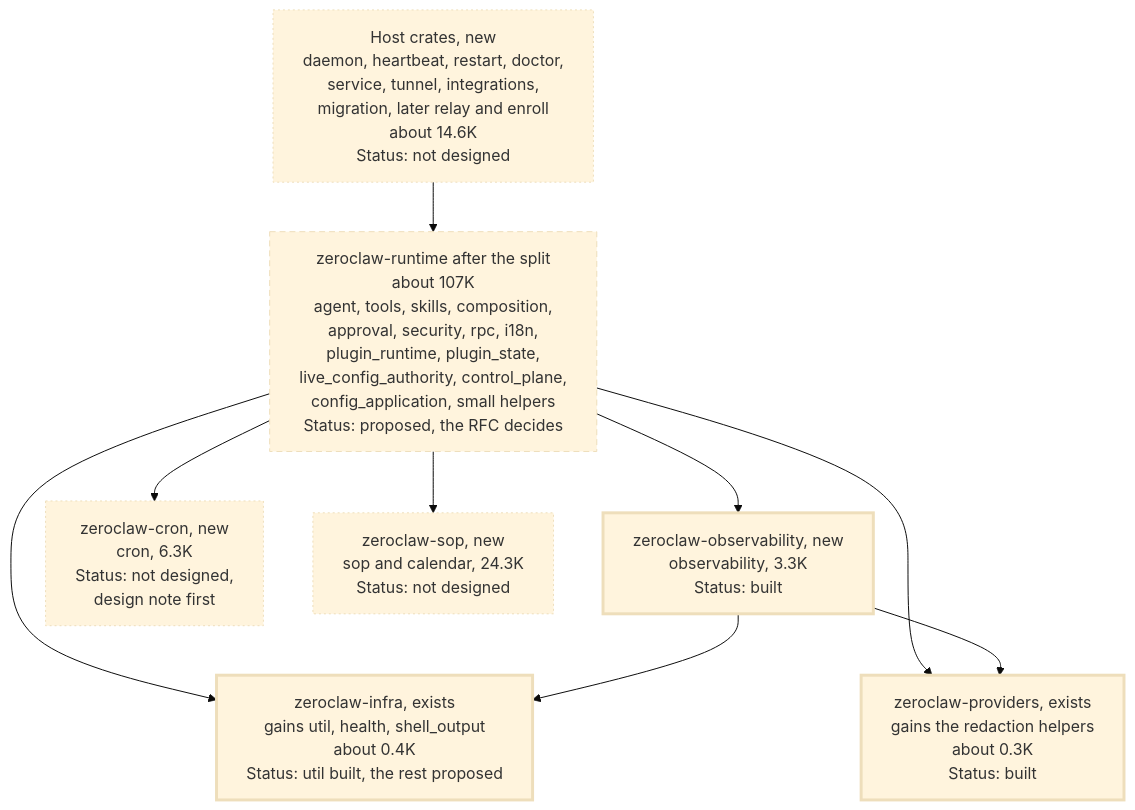
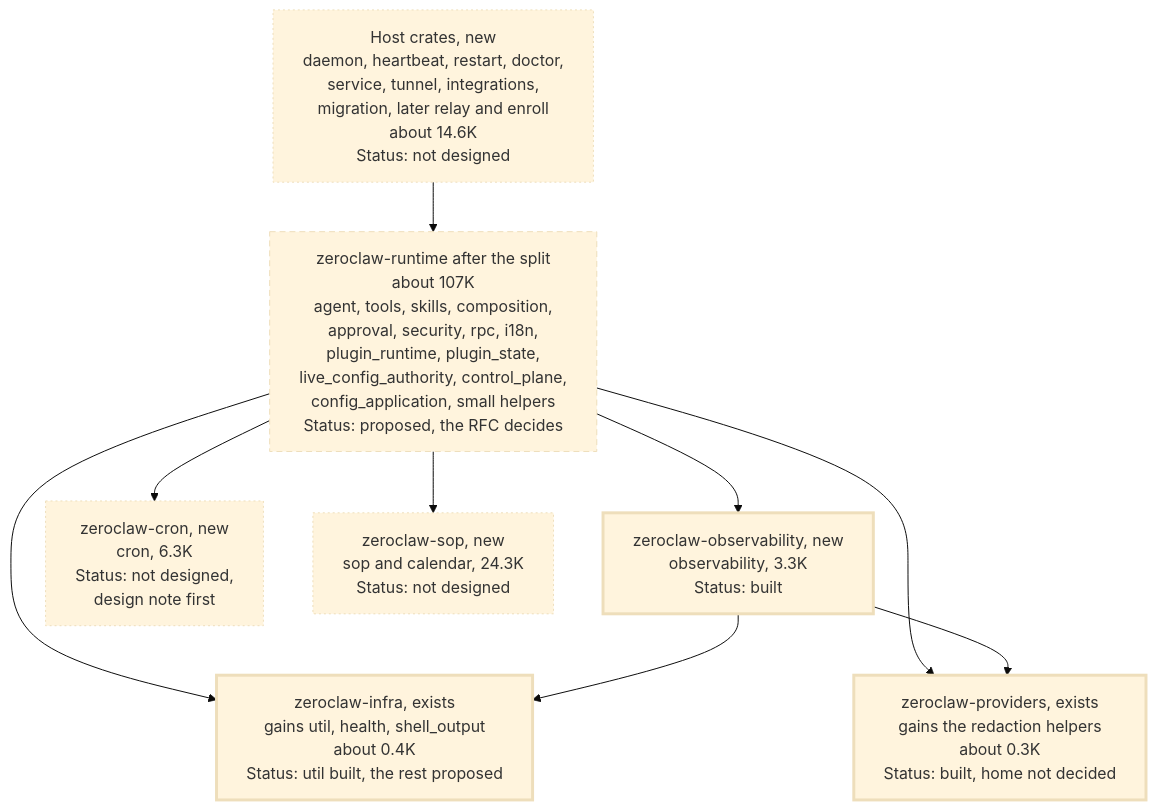
Before and after one commit to JordanTheJet/zeroclaw: the second of 2 diagrams in docs/maintainers/runtime-crate-split/README.md, drawn with Mermaid (base theme). The commit also changed other lines of this file, not shown here.

Commit message:
docs(maintainers): say the redaction home is undecided in the layout diagram

````diff
--- a/docs/maintainers/runtime-crate-split/README.md
+++ b/docs/maintainers/runtime-crate-split/README.md
@@ -84,25 +84,25 @@
 ```mermaid
 %%{init: {"flowchart": {"wrappingWidth": 420}}}%%
 flowchart TB
   hostcr["Host crates, new<br/>daemon, heartbeat, restart, doctor,<br/>service, tunnel, integrations,<br/>migration, later relay and enroll<br/>about 14.6K<br/>Status: not designed"]
   rt["zeroclaw-runtime after the split<br/>about 107K<br/>agent, tools, skills, composition,<br/>approval, security, rpc, i18n,<br/>plugin_runtime, plugin_state,<br/>live_config_authority, control_plane,<br/>config_application, small helpers<br/>Status: proposed, the RFC decides"]
   obsc["zeroclaw-observability, new<br/>observability, 3.3K<br/>Status: built"]
   cronc["zeroclaw-cron, new<br/>cron, 6.3K<br/>Status: not designed,<br/>design note first"]
   sopc["zeroclaw-sop, new<br/>sop and calendar, 24.3K<br/>Status: not designed"]
   infra["zeroclaw-infra, exists<br/>gains util, health, shell_output<br/>about 0.4K<br/>Status: util built, the rest proposed"]
-  prov["zeroclaw-providers, exists<br/>gains the redaction helpers<br/>about 0.3K<br/>Status: built"]
+  prov["zeroclaw-providers, exists<br/>gains the redaction helpers<br/>about 0.3K<br/>Status: built, home not decided"]
   hostcr --> rt
   rt --> obsc
   rt --> cronc
   rt --> sopc
   rt --> infra
   rt --> prov
   obsc --> infra
   obsc --> prov
   classDef built stroke-width:3px;
   classDef proposed stroke-dasharray:6 4;
   classDef undesigned stroke-dasharray:2 3;
   class obsc,infra,prov built;
   class rt proposed;
   class hostcr,cronc,sopc undesigned;
 ```
````
